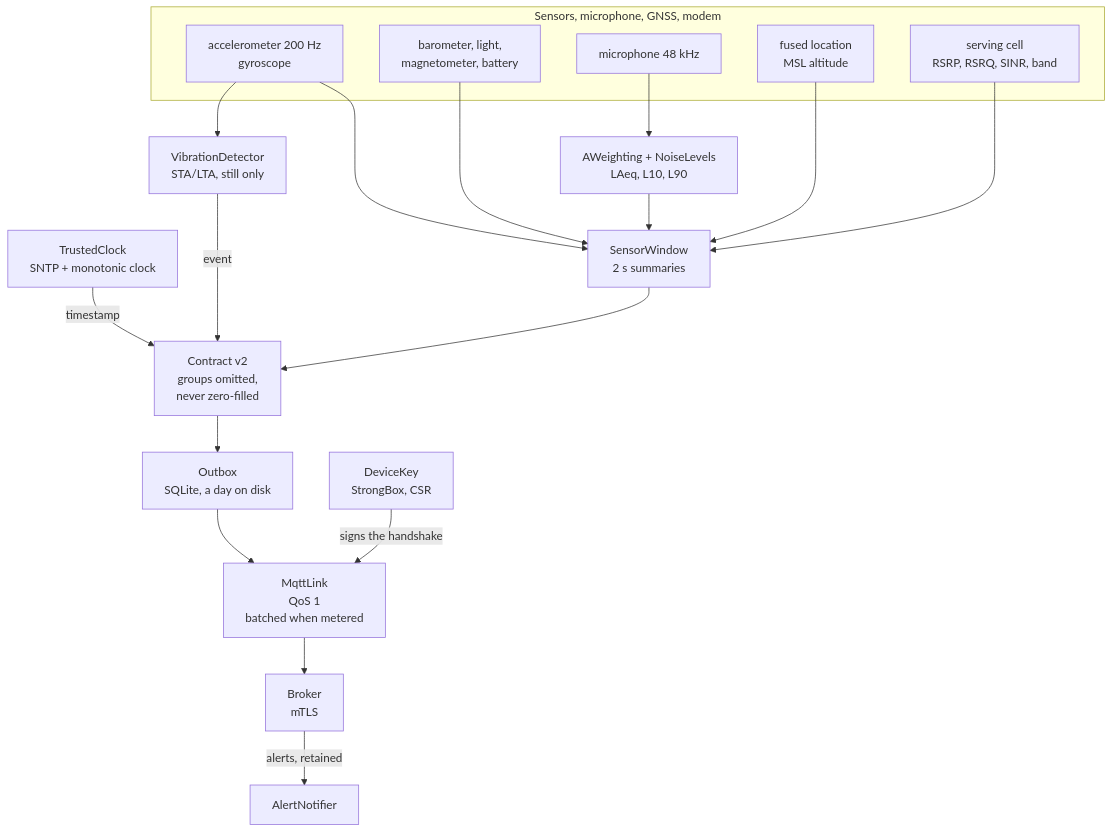
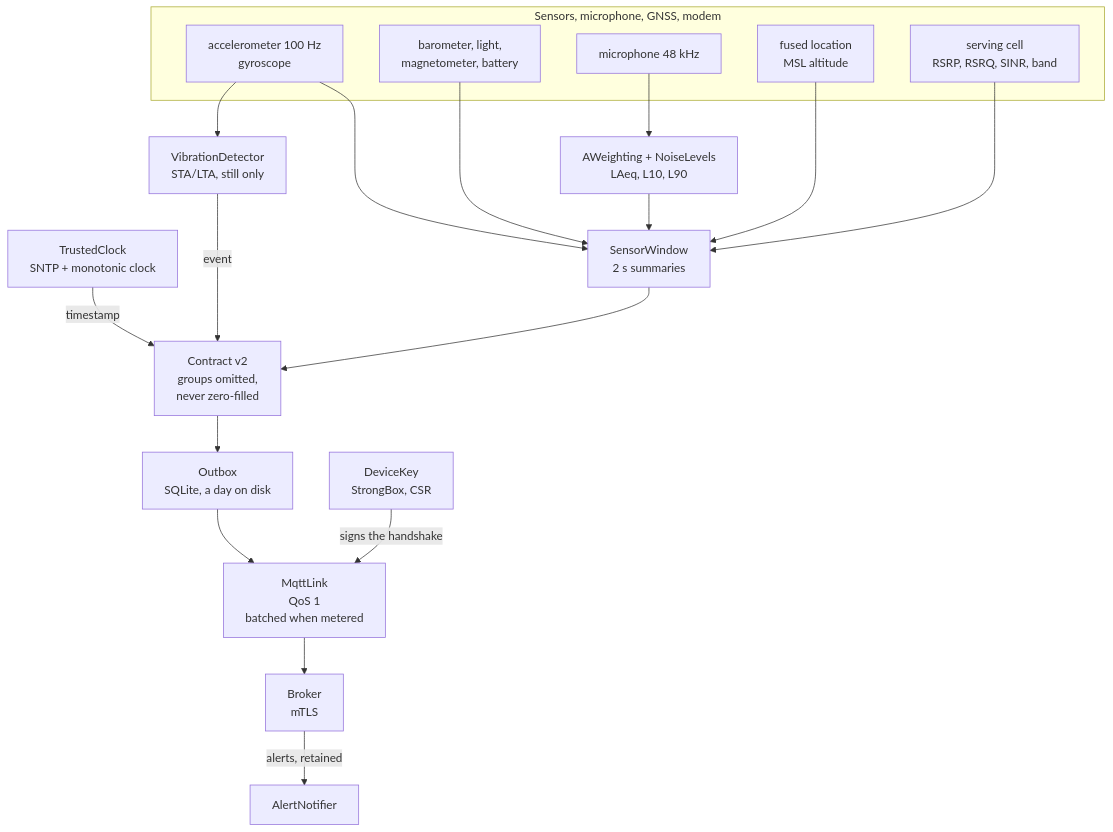
The third of 5 diagrams in README.md (Zoel-Manchon/psychron), drawn with Mermaid before and after one commit. The commit also changed other lines of this file and 2 other files, not shown here.

````diff
--- a/README.md
+++ b/README.md
@@ -140,38 +140,38 @@
 ```mermaid
 flowchart TB
     CLK["TrustedClock<br/>SNTP + monotonic clock"]
 
     subgraph sensors["Sensors, microphone, GNSS, modem"]
-        IMU["accelerometer 200 Hz<br/>gyroscope"]
+        IMU["accelerometer 100 Hz<br/>gyroscope"]
         ENV["barometer, light,<br/>magnetometer, battery"]
         MIC["microphone 48 kHz"]
         GEO["fused location<br/>MSL altitude"]
         RAD["serving cell<br/>RSRP, RSRQ, SINR, band"]
     end
 
     VIB["VibrationDetector<br/>STA/LTA, still only"]
     NOI["AWeighting + NoiseLevels<br/>LAeq, L10, L90"]
     WIN["SensorWindow<br/>2 s summaries"]
     CON["Contract v2<br/>groups omitted,<br/>never zero-filled"]
     BOX["Outbox<br/>SQLite, a day on disk"]
     KEY["DeviceKey<br/>StrongBox, CSR"]
     LNK["MqttLink<br/>QoS 1<br/>batched when metered"]
     BRK["Broker<br/>mTLS"]
     NTF["AlertNotifier"]
 
     IMU --> VIB
     IMU --> WIN
     ENV --> WIN
     MIC --> NOI
     NOI --> WIN
     GEO --> WIN
     RAD --> WIN
     WIN --> CON
     VIB -->|"event"| CON
     CLK -->|"timestamp"| CON
     CON --> BOX
     BOX --> LNK
     KEY -->|"signs the handshake"| LNK
     LNK --> BRK
     BRK -->|"alerts, retained"| NTF
 ```
````
